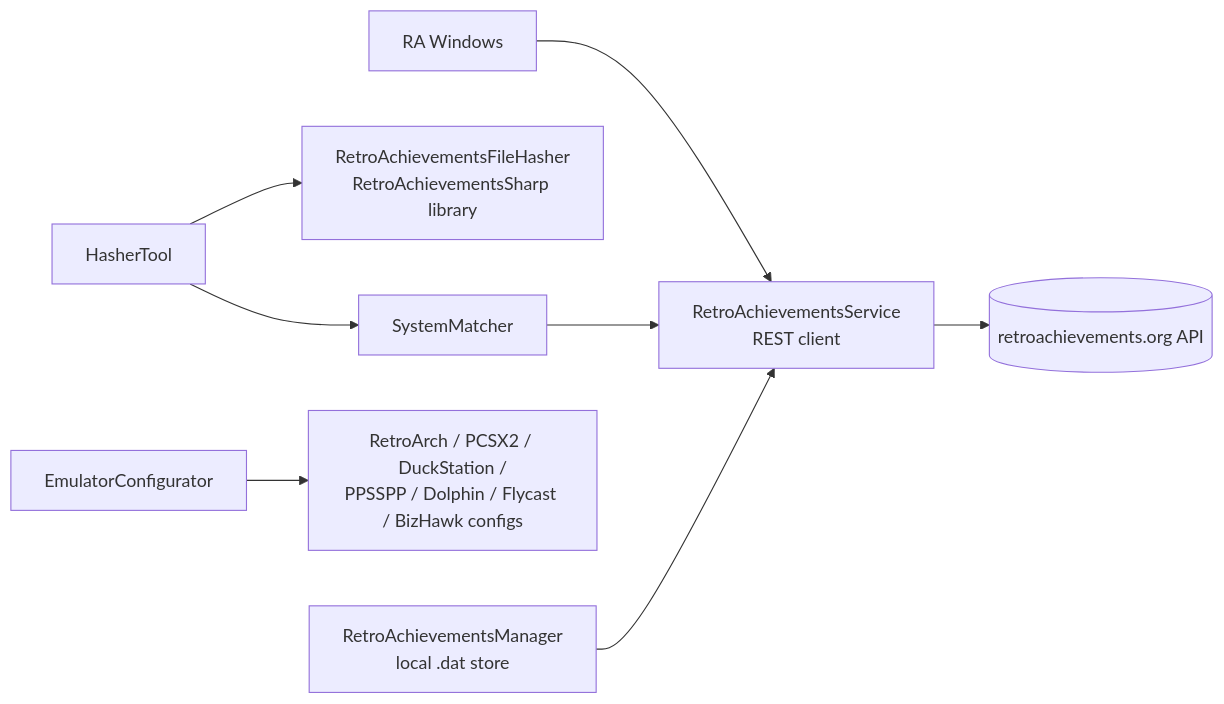
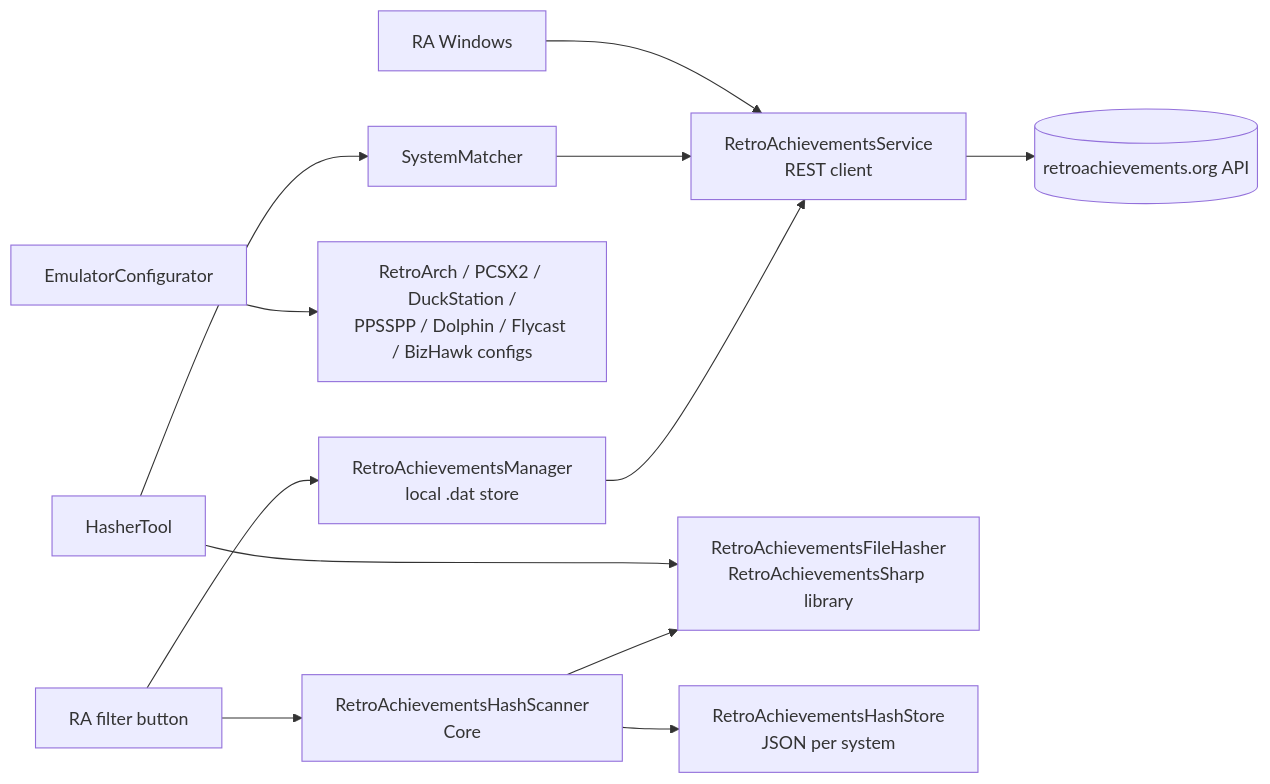
The diagram in docs/09-retroachievements.md (drpetersonfernandes/SimpleLauncher), drawn with Mermaid before and after one commit. The commit also changed other lines of this file and 43 other files, not shown here.

First line of the commit message:
feat: hash-based RetroAchievements compatibility filter with background hash scanning

````diff
--- a/docs/09-retroachievements.md
+++ b/docs/09-retroachievements.md
@@ -8,10 +8,14 @@
 ```mermaid
 flowchart LR
     U[RA Windows] --> S[RetroAchievementsService<br/>REST client]
     S --> RA[(retroachievements.org API)]
     H[HasherTool] --> F[RetroAchievementsFileHasher<br/>RetroAchievementsSharp library]
     H --> M[SystemMatcher]
     M --> S
     C[EmulatorConfigurator] --> E[RetroArch / PCSX2 / DuckStation /<br/>PPSSPP / Dolphin / Flycast / BizHawk configs]
     Mgr[RetroAchievementsManager<br/>local .dat store] --> S
+    Scn[RetroAchievementsHashScanner<br/>Core] --> F
+    Scn --> Str[RetroAchievementsHashStore<br/>JSON per system]
+    Btn[RA filter button] --> Scn
+    Btn --> Mgr
 ```
````
